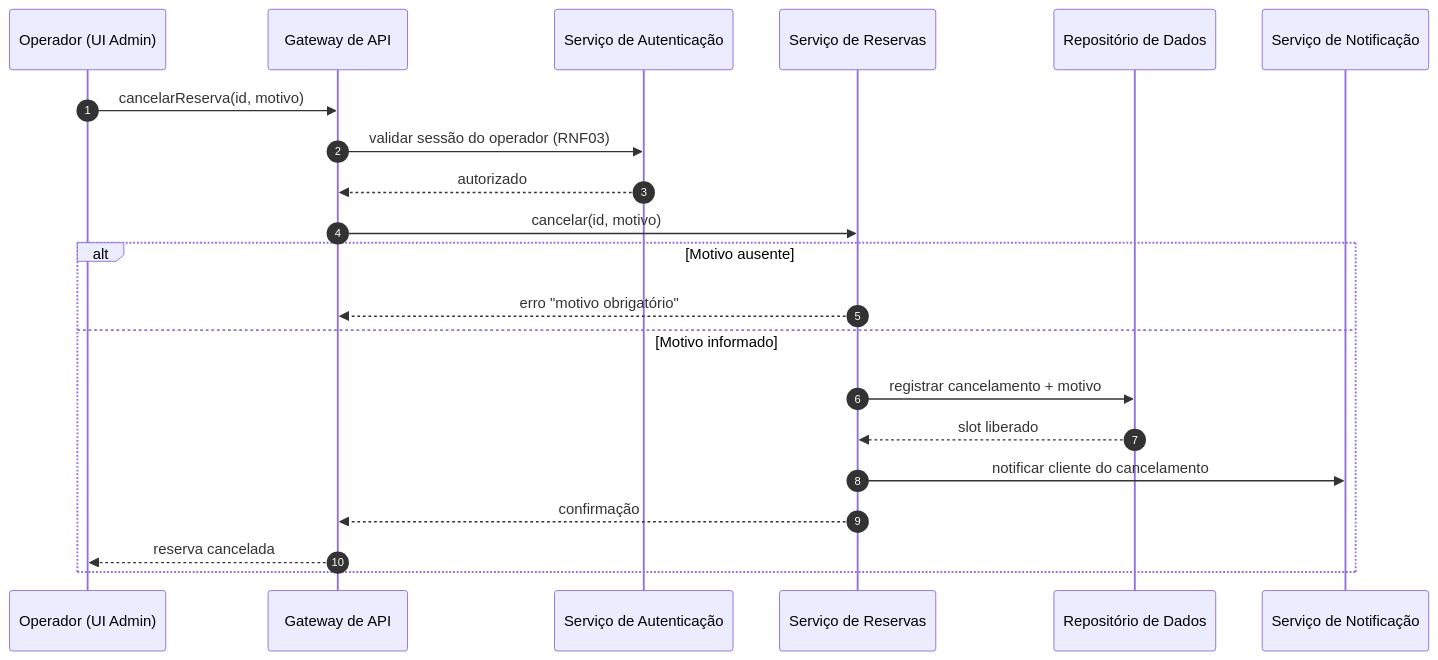
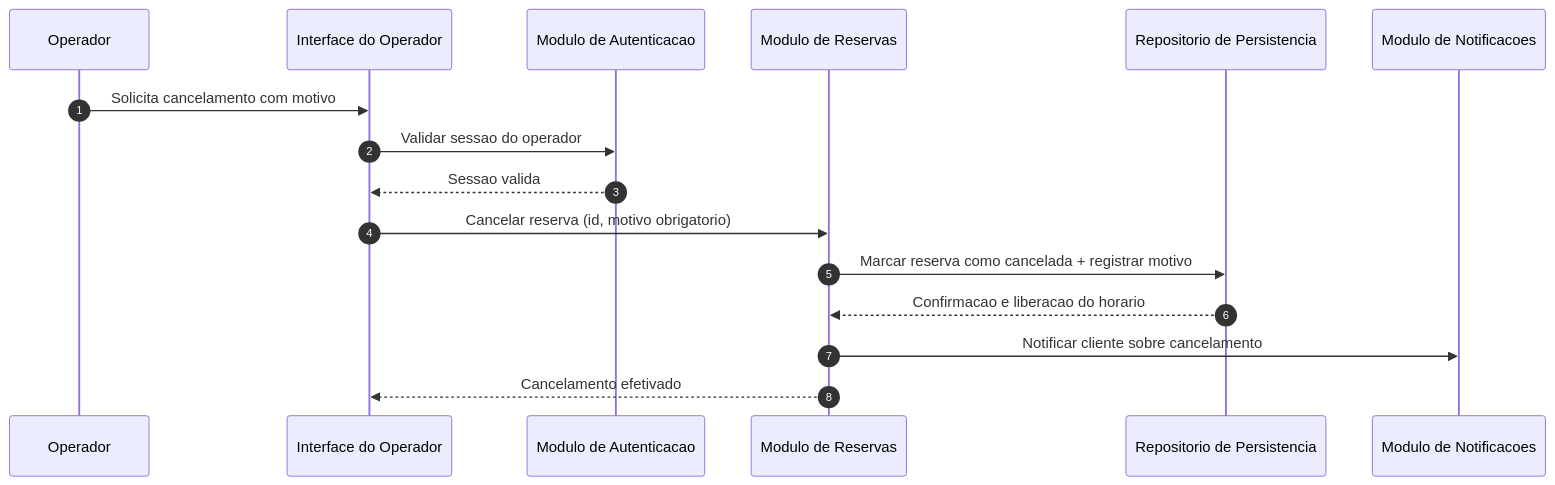
Before and after one commit to PDC-ESIA/AI4ES: the third of 3 diagrams in docs/Time_2_Design/analise-qualitativa/outputs/relatorio_claude_fable_5_P05.md, drawn with Mermaid. The commit also changed other lines of this file and 107 other files, not shown here.

````diff
--- a/docs/Time_2_Design/analise-qualitativa/outputs/relatorio_claude_fable_5_P05.md
+++ b/docs/Time_2_Design/analise-qualitativa/outputs/relatorio_claude_fable_5_P05.md
@@ -109,24 +108,19 @@
 ```mermaid
 sequenceDiagram
     autonumber
-    participant O as Operador (UI Admin)
-    participant GW as Gateway de API
-    participant A as Serviço de Autenticação
-    participant R as Serviço de Reservas
-    participant DB as Repositório de Dados
-    participant N as Serviço de Notificação
+    participant O as Operador
+    participant UIO as Interface do Operador
+    participant AUTH as Modulo de Autenticacao
+    participant RES as Modulo de Reservas
+    participant REPO as Repositorio de Persistencia
+    participant NOTIF as Modulo de Notificacoes
 
-    O->>GW: cancelarReserva(id, motivo)
-    GW->>A: validar sessão do operador (RNF03)
-    A-->>GW: autorizado
-    GW->>R: cancelar(id, motivo)
-    alt Motivo ausente
-        R-->>GW: erro "motivo obrigatório"
-    else Motivo informado
-        R->>DB: registrar cancelamento + motivo
-        DB-->>R: slot liberado
-        R->>N: notificar cliente do cancelamento
-        R-->>GW: confirmação
-        GW-->>O: reserva cancelada
-    end
+    O->>UIO: Solicita cancelamento com motivo
+    UIO->>AUTH: Validar sessao do operador
+    AUTH-->>UIO: Sessao valida
+    UIO->>RES: Cancelar reserva (id, motivo obrigatorio)
+    RES->>REPO: Marcar reserva como cancelada + registrar motivo
+    REPO-->>RES: Confirmacao e liberacao do horario
+    RES->>NOTIF: Notificar cliente sobre cancelamento
+    RES-->>UIO: Cancelamento efetivado
 ```
````
